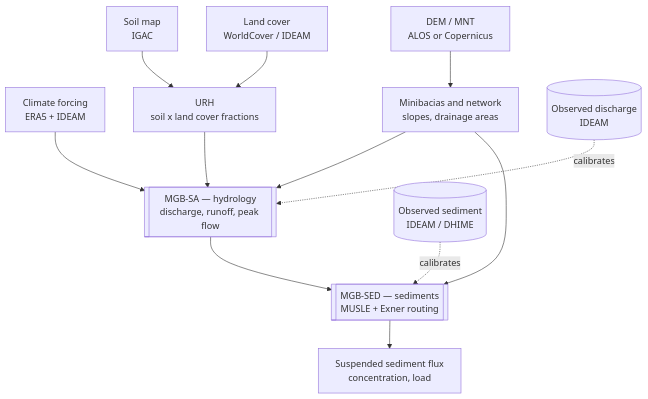
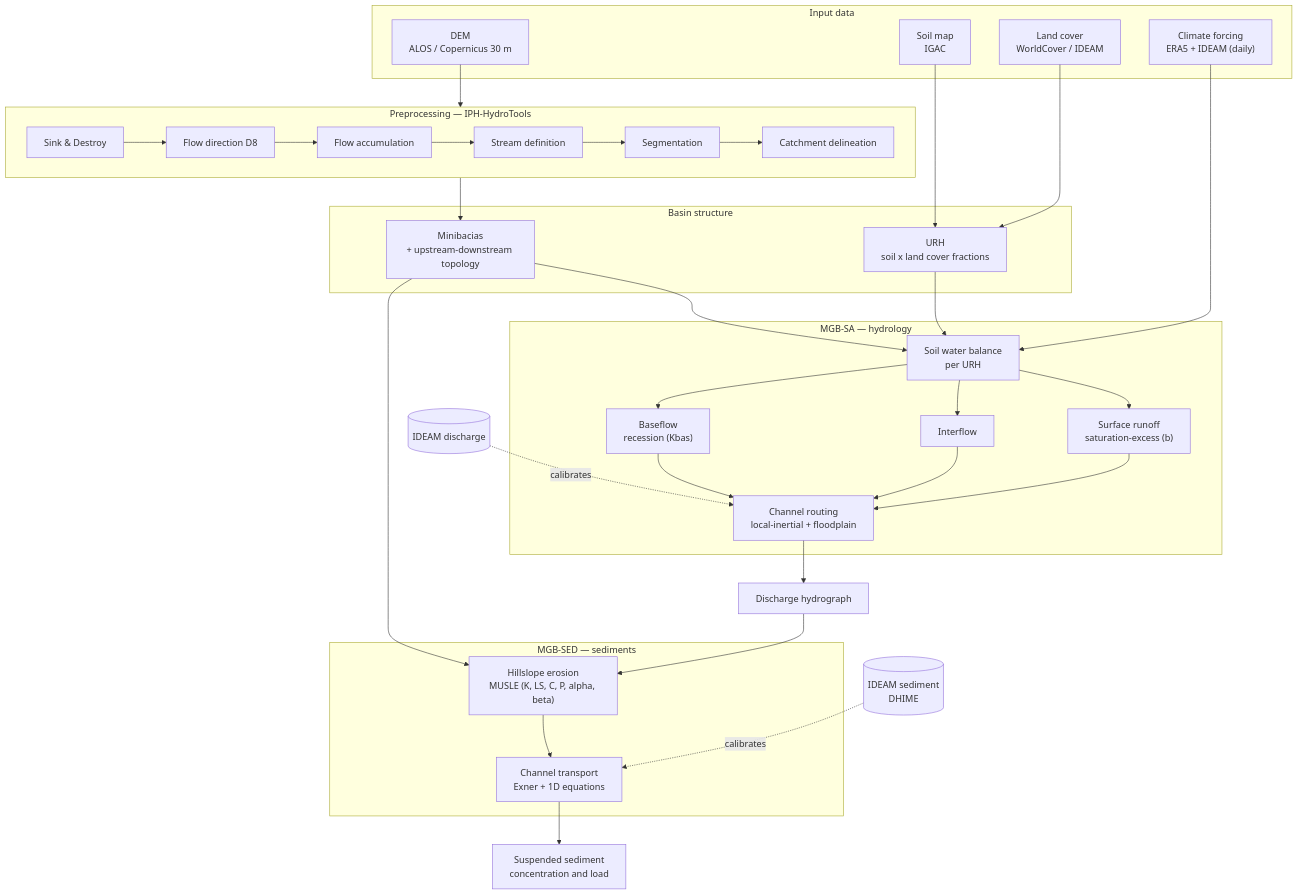
The first of 2 diagrams in docs/04_model_structure.md (AYmANTwill/magdalena-mgb-sed), drawn with Mermaid before and after one commit. The commit also changed other lines of this file, not shown here.

Commit message:
Match docs/04 model graph to README (full detailed graph)

````diff
--- a/docs/04_model_structure.md
+++ b/docs/04_model_structure.md
@@ -11,31 +13,54 @@
 ```mermaid
-flowchart TD
-    DEM[DEM / MNT<br/>ALOS or Copernicus]
-    SOIL[Soil map<br/>IGAC]
-    LU[Land cover<br/>WorldCover / IDEAM]
-    CLIM[Climate forcing<br/>ERA5 + IDEAM]
+flowchart TB
+    subgraph IN["Input data"]
+        DEM["DEM<br/>ALOS / Copernicus 30 m"]
+        SOIL["Soil map<br/>IGAC"]
+        LU["Land cover<br/>WorldCover / IDEAM"]
+        CLIM["Climate forcing<br/>ERA5 + IDEAM (daily)"]
+    end
 
-    MINI[Minibacias and network<br/>slopes, drainage areas]
-    URH[URH<br/>soil x land cover fractions]
+    subgraph PREP["Preprocessing — IPH-HydroTools"]
+        direction LR
+        FILL["Sink & Destroy"] --> FDIR["Flow direction D8"] --> FACC["Flow accumulation"]
+        FACC --> STR["Stream definition"] --> SEG["Segmentation"] --> CATd["Catchment delineation"]
+    end
 
-    DEM --> MINI
+    subgraph STR2["Basin structure"]
+        MINI["Minibacias<br/>+ upstream-downstream topology"]
+        URH["URH<br/>soil x land cover fractions"]
+    end
+
+    subgraph SA["MGB-SA — hydrology"]
+        WB["Soil water balance<br/>per URH"]
+        WB --> DSUP["Surface runoff<br/>saturation-excess (b)"]
+        WB --> DINT["Interflow"]
+        WB --> DBAS["Baseflow<br/>recession (Kbas)"]
+        DSUP --> ROUT["Channel routing<br/>local-inertial + floodplain"]
+        DINT --> ROUT
+        DBAS --> ROUT
+    end
+
+    subgraph SED["MGB-SED — sediments"]
+        MUSLE["Hillslope erosion<br/>MUSLE (K, LS, C, P, alpha, beta)"]
+        EXNER["Channel transport<br/>Exner + 1D equations"]
+        MUSLE --> EXNER
+    end
+
+    OUTQ["Discharge hydrograph"]
+    OUTS["Suspended sediment<br/>concentration and load"]
+
+    DEM --> FILL
+    CATd --> MINI
     SOIL --> URH
     LU --> URH
+    MINI --> WB
+    URH --> WB
+    CLIM --> WB
+    ROUT --> OUTQ
+    OUTQ --> MUSLE
+    MINI --> MUSLE
+    EXNER --> OUTS
 
-    MGBSA[[MGB-SA — hydrology<br/>discharge, runoff, peak flow]]
-    MINI --> MGBSA
-    URH --> MGBSA
-    CLIM --> MGBSA
-
-    MGBSED[[MGB-SED — sediments<br/>MUSLE + Exner routing]]
-    MGBSA --> MGBSED
-    MINI --> MGBSED
-
-    OUT[Suspended sediment flux<br/>concentration, load]
-    MGBSED --> OUT
-
-    QOBS[(Observed discharge<br/>IDEAM)]
-    SOBS[(Observed sediment<br/>IDEAM / DHIME)]
-    QOBS -. calibrates .-> MGBSA
-    SOBS -. calibrates .-> MGBSED
+    QOBS[("IDEAM discharge")] -. calibrates .-> ROUT
+    SOBS[("IDEAM sediment<br/>DHIME")] -. calibrates .-> EXNER
 ```
````
